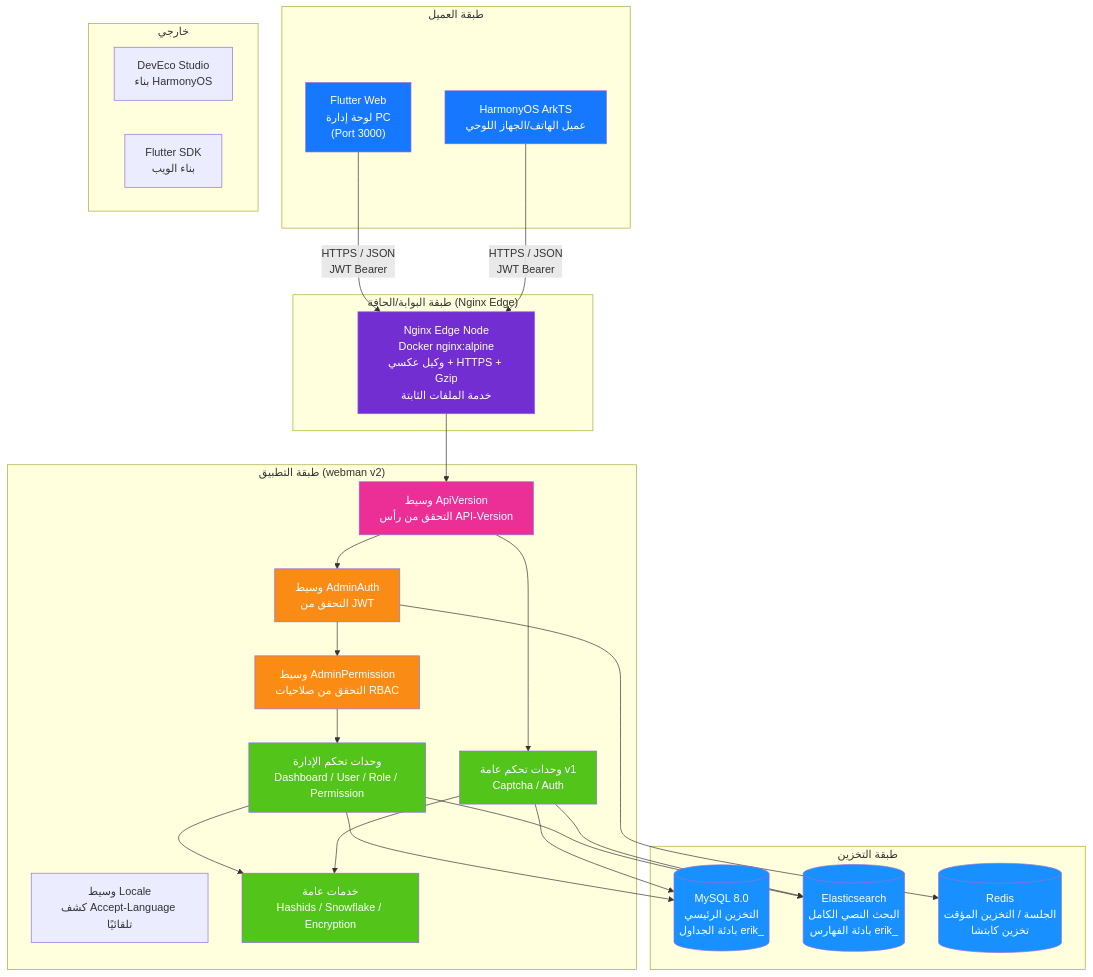
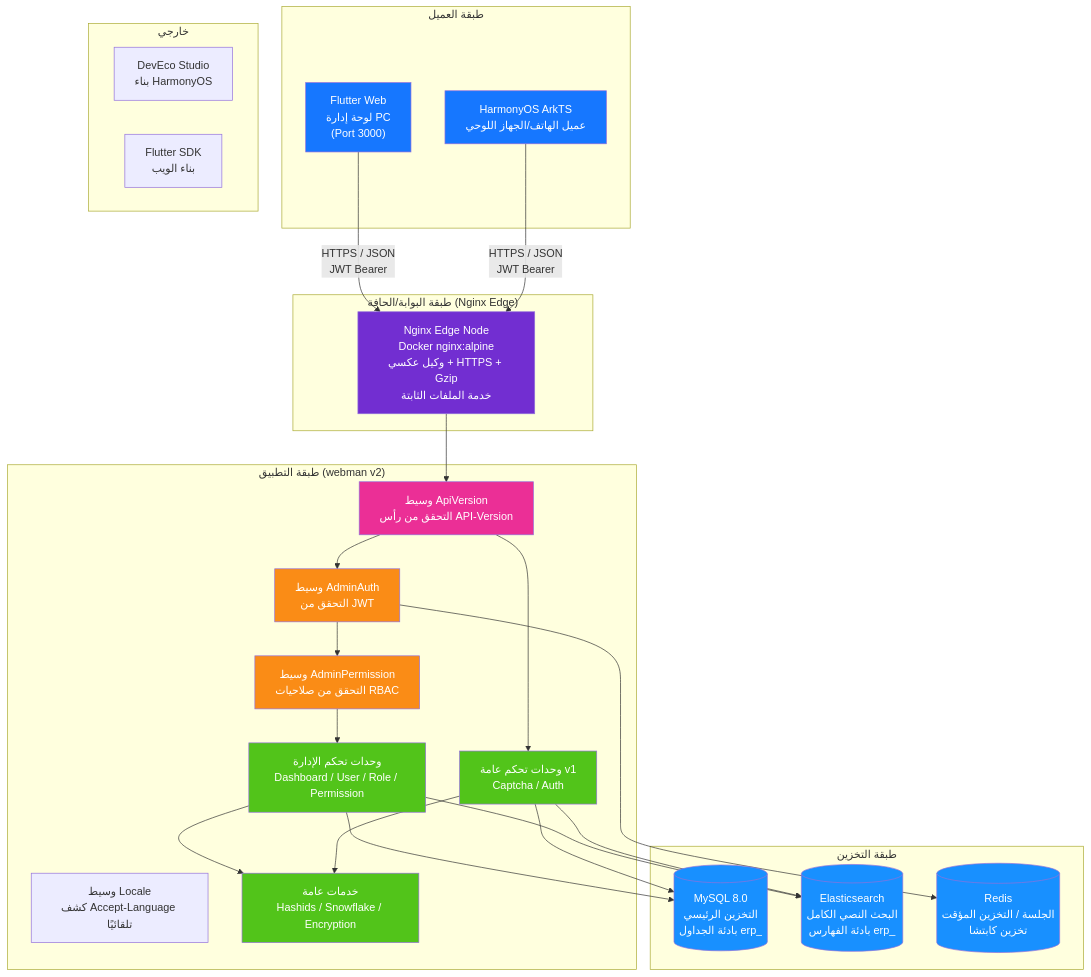
The first of 20 diagrams in docs/i18n/ar/ARCHITECTURE.md (erikwang2013/erp-php), drawn with Mermaid before and after one commit. The commit also changed other lines of this file and 449 other files, not shown here.

First line of the commit message:
全局命名统一：数据库 erp、表前缀 erp_、Redis 前缀 erp:（原 erik_/open_admin）

````diff
--- a/docs/i18n/ar/ARCHITECTURE.md
+++ b/docs/i18n/ar/ARCHITECTURE.md
@@ -11,60 +11,60 @@
 ```mermaid
 flowchart TB
     subgraph "طبقة العميل"
         A1["Flutter Web<br/>لوحة إدارة PC<br/>(Port 3000)"]
         A2["HarmonyOS ArkTS<br/>عميل الهاتف/الجهاز اللوحي"]
     end
 
     subgraph "طبقة البوابة/الحافة (Nginx Edge)"
         B1["Nginx Edge Node<br/>Docker nginx:alpine<br/>وكيل عكسي + HTTPS + Gzip<br/>خدمة الملفات الثابتة"]
     end
 
     subgraph "طبقة التطبيق (webman v2)"
         C_LOC["وسيط Locale<br/>كشف Accept-Language تلقائيًا"]
         C0["وسيط ApiVersion<br/>التحقق من رأس API-Version"]
         C1["وسيط AdminAuth<br/>التحقق من JWT"]
         C2["وسيط AdminPermission<br/>التحقق من صلاحيات RBAC"]
         C3["وحدات تحكم الإدارة<br/>Dashboard / User / Role / Permission"]
         C4["وحدات تحكم عامة v1<br/>Captcha / Auth"]
         C5["خدمات عامة<br/>Hashids / Snowflake / Encryption"]
     end
 
     subgraph "طبقة التخزين"
-        D1[("MySQL 8.0<br/>التخزين الرئيسي<br/>بادئة الجداول erik_")]
-        D2[("Elasticsearch<br/>البحث النصي الكامل<br/>بادئة الفهارس erik_")]
+        D1[("MySQL 8.0<br/>التخزين الرئيسي<br/>بادئة الجداول erp_")]
+        D2[("Elasticsearch<br/>البحث النصي الكامل<br/>بادئة الفهارس erp_")]
         D3[("Redis<br/>الجلسة / التخزين المؤقت<br/>تخزين كابتشا")]
     end
 
     subgraph "خارجي"
         E1["DevEco Studio<br/>بناء HarmonyOS"]
         E2["Flutter SDK<br/>بناء الويب"]
     end
 
     A1 -->|"HTTPS / JSON<br/>JWT Bearer"| B1
     A2 -->|"HTTPS / JSON<br/>JWT Bearer"| B1
     B1 --> C0
     C0 --> C1
     C1 --> C2
     C2 --> C3
     C0 --> C4
     C3 --> C5
     C4 --> C5
     C3 --> D1
     C4 --> D1
     C3 --> D2
     C4 --> D2
     C1 --> D3
 
     style A1 fill:#1677FF,color:#fff
     style A2 fill:#1677FF,color:#fff
     style B1 fill:#722ED1,color:#fff
     style C0 fill:#EB2F96,color:#fff
     style C1 fill:#FA8C16,color:#fff
     style C2 fill:#FA8C16,color:#fff
     style C3 fill:#52C41A,color:#fff
     style C4 fill:#52C41A,color:#fff
     style C5 fill:#52C41A,color:#fff
     style D1 fill:#1890FF,color:#fff
     style D2 fill:#1890FF,color:#fff
     style D3 fill:#1890FF,color:#fff
 ```
````
